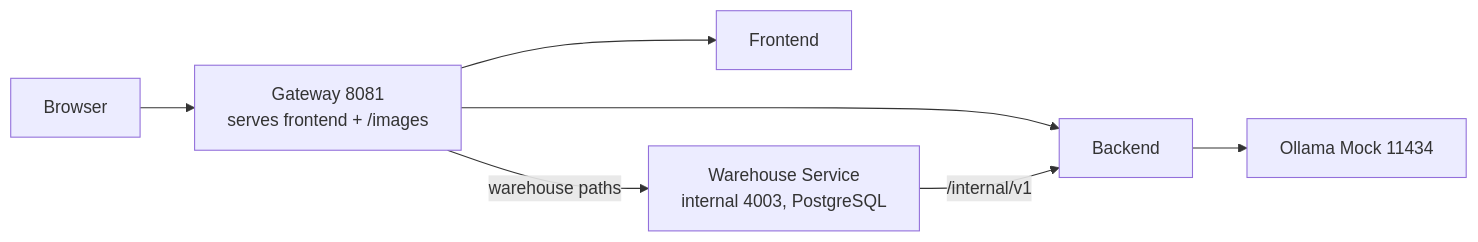
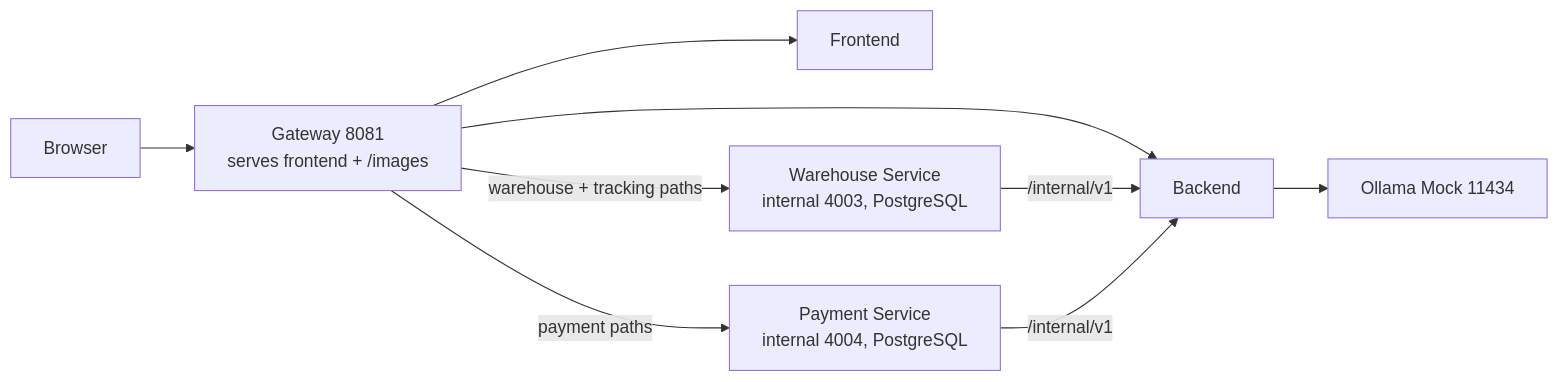
The first of 3 diagrams in docs/PROFILE_URLS.md (slawekradzyminski/awesome-localstack), drawn with Mermaid before and after one commit. The commit also changed other lines of this file and 41 other files, not shown here.

````diff
--- a/docs/PROFILE_URLS.md
+++ b/docs/PROFILE_URLS.md
@@ -42,9 +44,11 @@
 ```mermaid
 flowchart LR
     U[Browser] --> G[Gateway 8081<br/>serves frontend + /images]
     G --> F[Frontend]
     G --> B[Backend]
-    G -->|warehouse paths| W[Warehouse Service<br/>internal 4003, PostgreSQL]
+    G -->|warehouse + tracking paths| W[Warehouse Service<br/>internal 4003, PostgreSQL]
+    G -->|payment paths| PS[Payment Service<br/>internal 4004, PostgreSQL]
     W -->|/internal/v1| B
+    PS -->|/internal/v1| B
     B --> O[Ollama Mock 11434]
 ```
````
